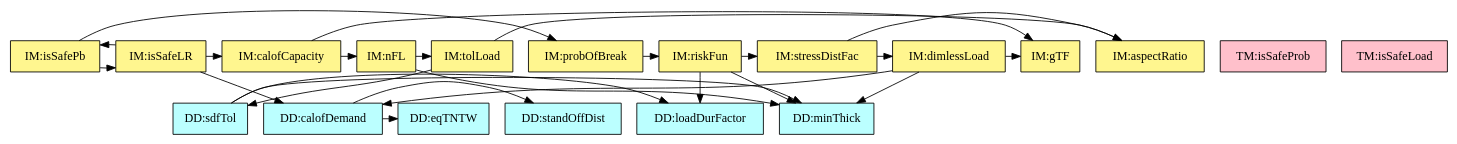
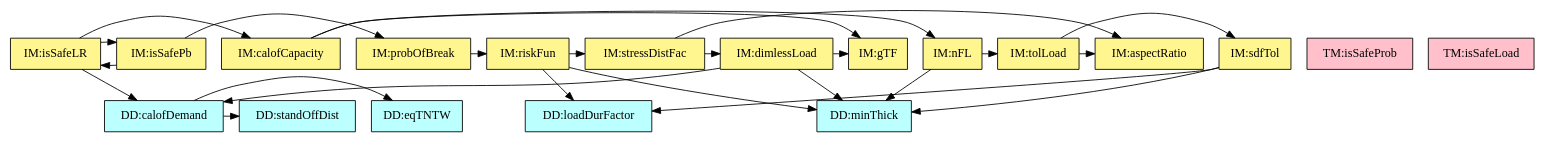
Before and after one commit to JacquesCarette/Drasil: the diagram in code/stable/glassbr/TraceyGraph/refvsref.dot, drawn with Graphviz. The commit also changed 23 other files, not shown here.

```diff
--- a/code/stable/glassbr/TraceyGraph/refvsref.dot
+++ b/code/stable/glassbr/TraceyGraph/refvsref.dot
@@ -1,65 +1,65 @@
 digraph refvsref {
-	sdfTol -> minThick;
-	sdfTol -> loadDurFactor;
 	demandq -> stdOffDist;
 	demandq -> eqTNTChar;
 	riskFun -> minThick;
 	riskFun -> loadDurFactor;
 	riskFun -> stressDistFac;
 	stressDistFac -> dimlessLoad;
 	stressDistFac -> aR;
 	nFL -> minThick;
 	nFL -> tolLoad;
 	dimlessLoad -> minThick;
 	dimlessLoad -> demandq;
 	dimlessLoad -> glassTypeFac;
 	tolLoad -> sdfTol;
 	tolLoad -> aR;
+	sdfTol -> minThick;
+	sdfTol -> loadDurFactor;
 	probBr -> riskFun;
 	lResistance -> nFL;
 	lResistance -> glassTypeFac;
 	isSafePb -> probBr;
 	isSafePb -> isSafeLR;
 	isSafeLR -> demandq;
 	isSafeLR -> lResistance;
 	isSafeLR -> isSafePb;
 
 
 	minThick	[shape=box, color=black, style=filled, fillcolor=paleturquoise1, label="DD:minThick"];
 	loadDurFactor	[shape=box, color=black, style=filled, fillcolor=paleturquoise1, label="DD:loadDurFactor"];
-	sdfTol	[shape=box, color=black, style=filled, fillcolor=paleturquoise1, label="DD:sdfTol"];
 	stdOffDist	[shape=box, color=black, style=filled, fillcolor=paleturquoise1, label="DD:standOffDist"];
 	eqTNTChar	[shape=box, color=black, style=filled, fillcolor=paleturquoise1, label="DD:eqTNTW"];
 	demandq	[shape=box, color=black, style=filled, fillcolor=paleturquoise1, label="DD:calofDemand"];
 
 	subgraph DD {
 	rank="same"
-	{minThick, loadDurFactor, sdfTol, stdOffDist, eqTNTChar, demandq}
+	{minThick, loadDurFactor, stdOffDist, eqTNTChar, demandq}
 	}
 
 	isSafeProb	[shape=box, color=black, style=filled, fillcolor=pink, label="TM:isSafeProb"];
 	isSafeLoad	[shape=box, color=black, style=filled, fillcolor=pink, label="TM:isSafeLoad"];
 
 	subgraph TM {
 	rank="same"
 	{isSafeProb, isSafeLoad}
 	}
 
 	riskFun	[shape=box, color=black, style=filled, fillcolor=khaki1, label="IM:riskFun"];
 	stressDistFac	[shape=box, color=black, style=filled, fillcolor=khaki1, label="IM:stressDistFac"];
 	nFL	[shape=box, color=black, style=filled, fillcolor=khaki1, label="IM:nFL"];
 	glassTypeFac	[shape=box, color=black, style=filled, fillcolor=khaki1, label="IM:gTF"];
 	dimlessLoad	[shape=box, color=black, style=filled, fillcolor=khaki1, label="IM:dimlessLoad"];
 	tolLoad	[shape=box, color=black, style=filled, fillcolor=khaki1, label="IM:tolLoad"];
+	sdfTol	[shape=box, color=black, style=filled, fillcolor=khaki1, label="IM:sdfTol"];
 	aR	[shape=box, color=black, style=filled, fillcolor=khaki1, label="IM:aspectRatio"];
 	probBr	[shape=box, color=black, style=filled, fillcolor=khaki1, label="IM:probOfBreak"];
 	lResistance	[shape=box, color=black, style=filled, fillcolor=khaki1, label="IM:calofCapacity"];
 	isSafePb	[shape=box, color=black, style=filled, fillcolor=khaki1, label="IM:isSafePb"];
 	isSafeLR	[shape=box, color=black, style=filled, fillcolor=khaki1, label="IM:isSafeLR"];
 
 	subgraph IM {
 	rank="same"
-	{riskFun, stressDistFac, nFL, glassTypeFac, dimlessLoad, tolLoad, aR, probBr, lResistance, isSafePb, isSafeLR}
+	{riskFun, stressDistFac, nFL, glassTypeFac, dimlessLoad, tolLoad, sdfTol, aR, probBr, lResistance, isSafePb, isSafeLR}
 	}
 
 }
```
